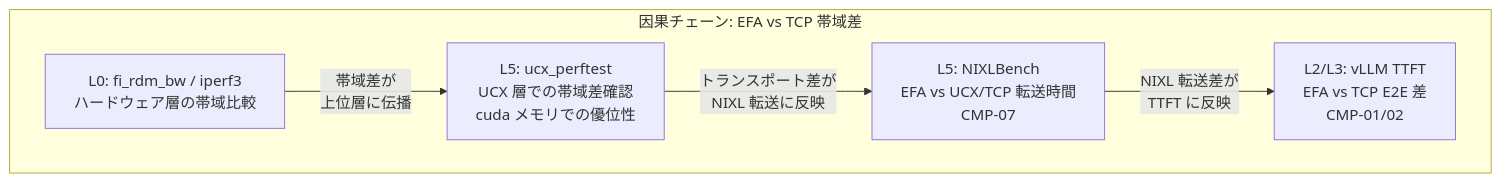
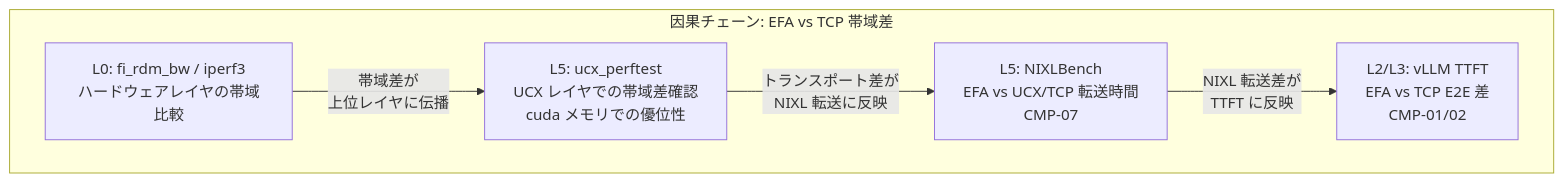
The tenth of 15 diagrams in articles/3dd524130320d3.md (littlemex/zenn), drawn with Mermaid before and after one commit. The commit also changed other lines of this file, not shown here.

````diff
--- a/articles/3dd524130320d3.md
+++ b/articles/3dd524130320d3.md
@@ -612,13 +668,13 @@
 ```mermaid
 graph LR
     subgraph "因果チェーン: EFA vs TCP 帯域差"
         direction LR
-        BL["L0: fi_rdm_bw / iperf3<br/>ハードウェア層の帯域比較"]
-        UCX["L5: ucx_perftest<br/>UCX 層での帯域差確認<br/>cuda メモリでの優位性"]
+        BL["L0: fi_rdm_bw / iperf3<br/>ハードウェアレイヤの帯域比較"]
+        UCX["L5: ucx_perftest<br/>UCX レイヤでの帯域差確認<br/>cuda メモリでの優位性"]
         NB["L5: NIXLBench<br/>EFA vs UCX/TCP 転送時間<br/>CMP-07"]
         E2E_TTFT["L2/L3: vLLM TTFT<br/>EFA vs TCP E2E 差<br/>CMP-01/02"]
-        BL -->|"帯域差が<br/>上位層に伝播"| UCX
+        BL -->|"帯域差が<br/>上位レイヤに伝播"| UCX
         UCX -->|"トランスポート差が<br/>NIXL 転送に反映"| NB
         NB -->|"NIXL 転送差が<br/>TTFT に反映"| E2E_TTFT
     end
 ```
````
